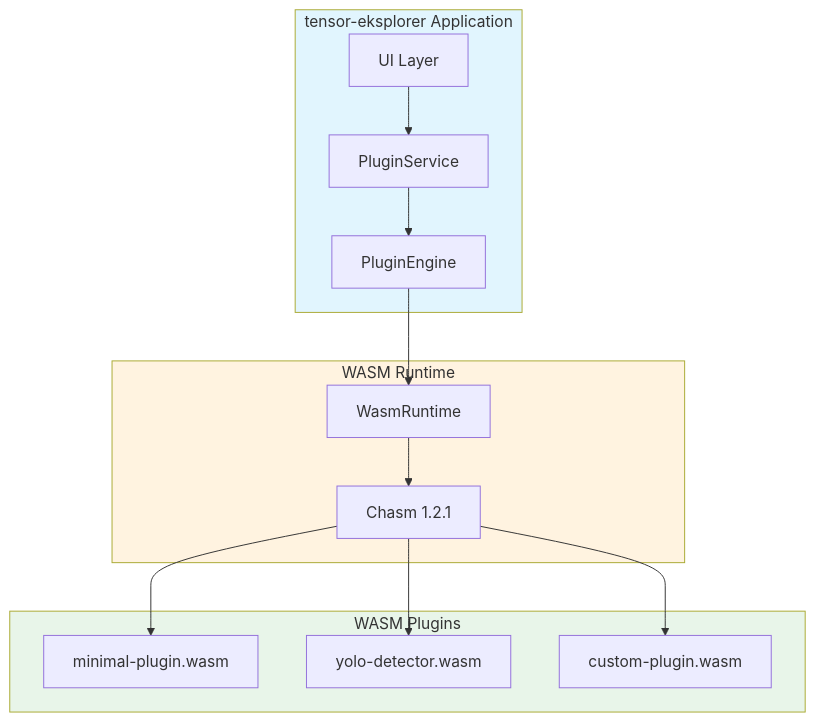
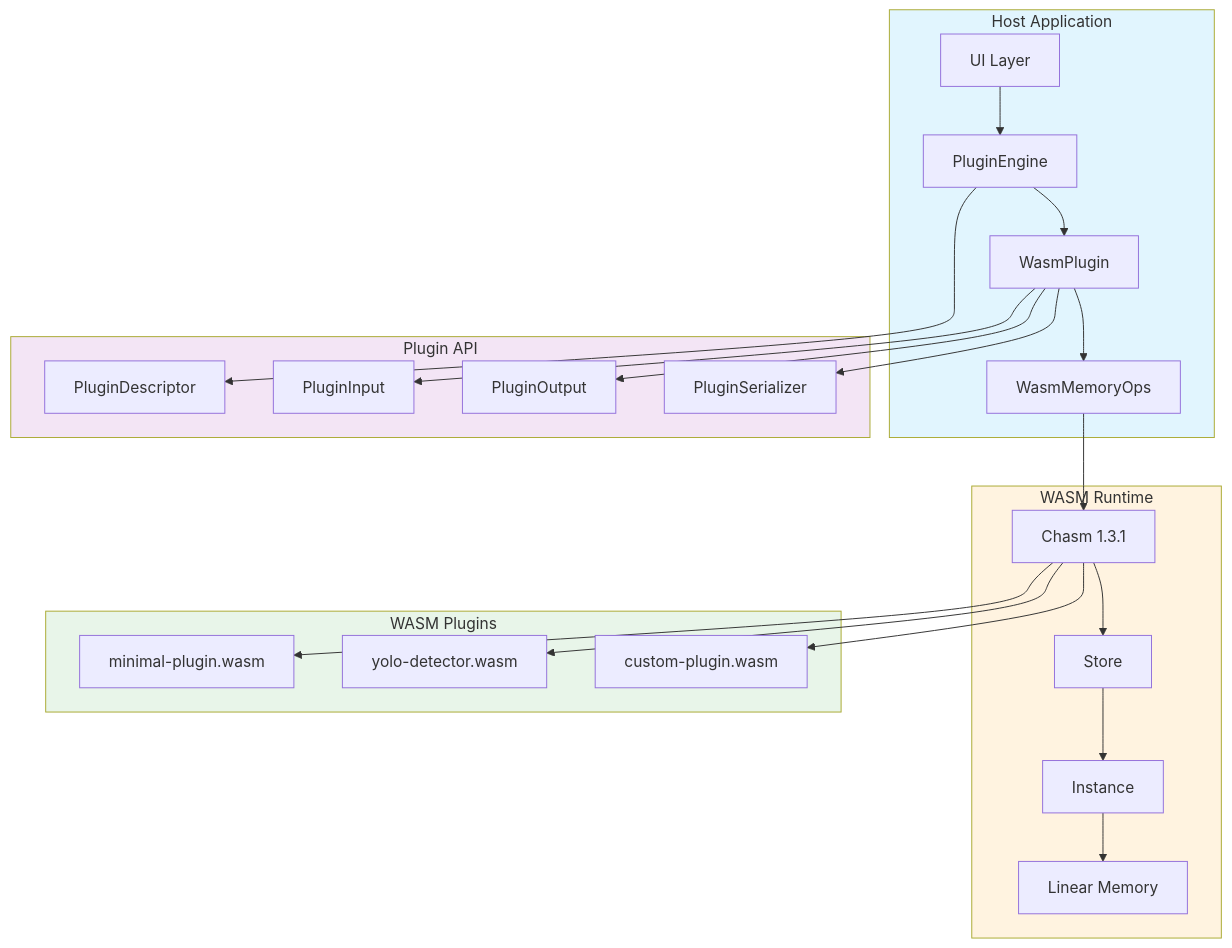
Before and after one commit to michalharakal/wasm-plugin-system: the first of 13 diagrams in README.md, drawn with Mermaid. The commit also changed other lines of this file, not shown here.

First line of the commit message:
Update README to match actual codebase: fix versions, types, and extend diagrams

````diff
--- a/README.md
+++ b/README.md
@@ -16,31 +18,51 @@
 ```mermaid
 graph TB
-    subgraph Application["tensor-eksplorer Application"]
+    subgraph Application["Host Application"]
         UI[UI Layer]
-        PS[PluginService]
         PE[PluginEngine]
+        WP[WasmPlugin]
+        MO[WasmMemoryOps]
+    end
+
+    subgraph API["Plugin API"]
+        PD[PluginDescriptor]
+        PI[PluginInput]
+        PO[PluginOutput]
+        PS[PluginSerializer]
     end
 
     subgraph Runtime["WASM Runtime"]
-        WR[WasmRuntime]
-        CH[Chasm 1.2.1]
+        CH[Chasm 1.3.1]
+        ST[Store]
+        IN[Instance]
+        MEM[Linear Memory]
     end
 
     subgraph Plugins["WASM Plugins"]
         P1[minimal-plugin.wasm]
         P2[yolo-detector.wasm]
         PN[custom-plugin.wasm]
     end
 
-    UI --> PS
-    PS --> PE
-    PE --> WR
-    WR --> CH
+    UI --> PE
+    PE --> WP
+    WP --> MO
+    WP --> PS
+    MO --> CH
+    PE --> PD
+    WP --> PI
+    WP --> PO
+
+    CH --> ST
+    ST --> IN
+    IN --> MEM
+
     CH --> P1
     CH --> P2
     CH --> PN
 
     style Application fill:#e1f5fe
+    style API fill:#f3e5f5
     style Runtime fill:#fff3e0
     style Plugins fill:#e8f5e9
 ```
````
